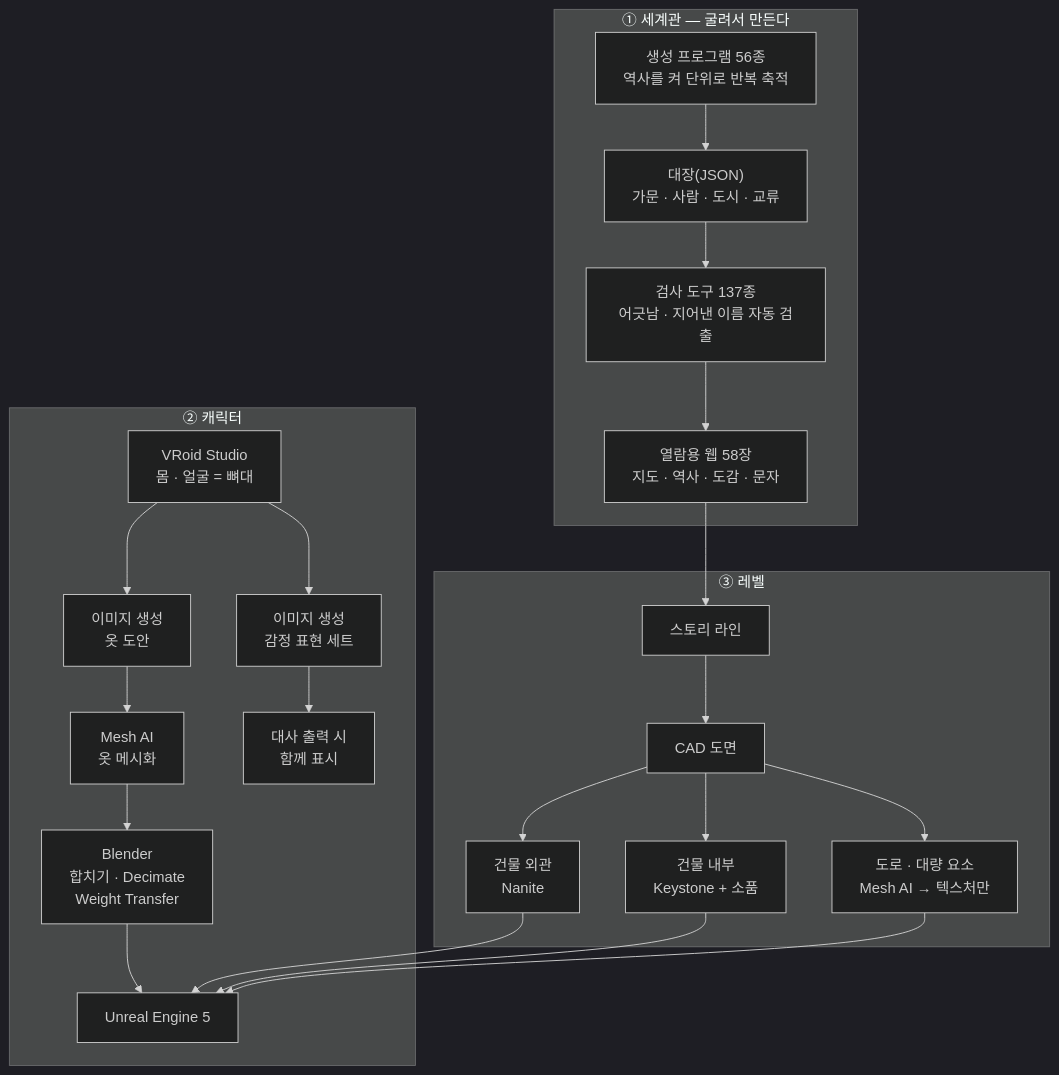
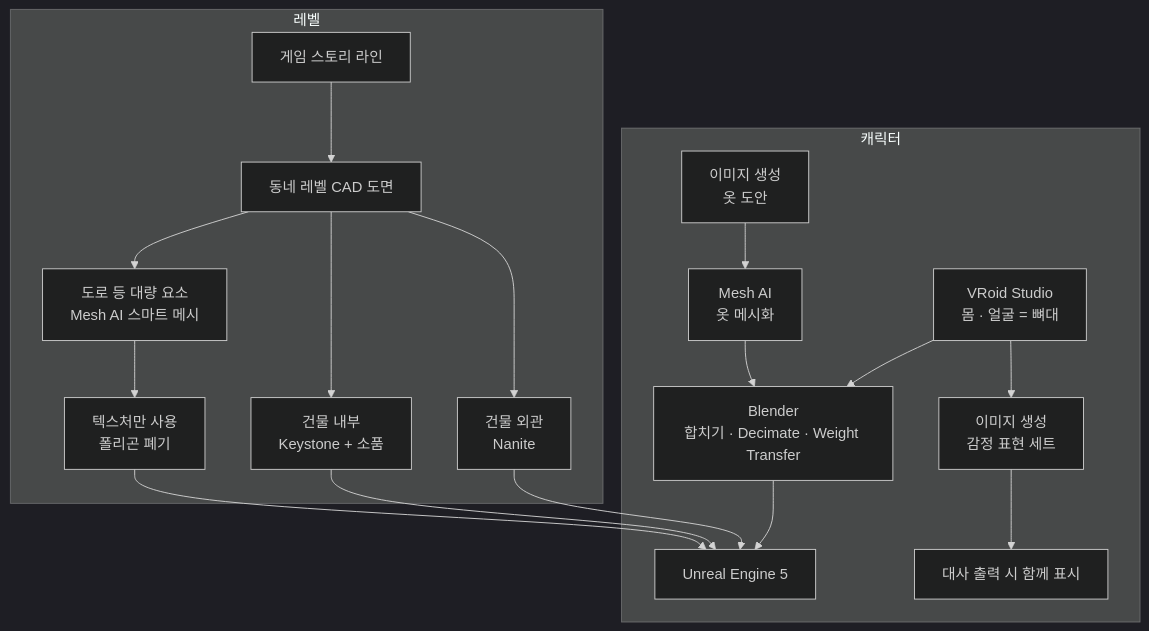
One commit to sgeonhoc/SecretProject changed the diagram in README.md. Above: the diagram before and after it, drawn with Mermaid (dark theme). The commit also changed other lines of this file, not shown here.

````diff
--- a/README.md
+++ b/README.md
@@ -18,25 +11,16 @@
 ```mermaid
 flowchart TB
-    subgraph W["① 세계관 — 굴려서 만든다"]
-        W1["생성 프로그램 56종<br/>역사를 켜 단위로 반복 축적"] --> W2["대장(JSON)<br/>가문 · 사람 · 도시 · 교류"]
-        W2 --> W3["검사 도구 137종<br/>어긋남 · 지어낸 이름 자동 검출"]
-        W3 --> W4["열람용 웹 58장<br/>지도 · 역사 · 도감 · 문자"]
+    subgraph C["캐릭터"]
+        C1["VRoid Studio<br/>몸 · 얼굴 = 뼈대"] --> C4
+        C2["이미지 생성<br/>옷 도안"] --> C3["Mesh AI<br/>옷 메시화"] --> C4["Blender<br/>합치기 · Decimate · Weight Transfer"]
+        C4 --> E["Unreal Engine 5"]
+        C1 --> C5["이미지 생성<br/>감정 표현 세트"] --> C6["대사 출력 시 함께 표시"]
     end
 
-    subgraph C["② 캐릭터"]
-        C1["VRoid Studio<br/>몸 · 얼굴 = 뼈대"] --> C2["이미지 생성<br/>옷 도안"]
-        C2 --> C3["Mesh AI<br/>옷 메시화"]
-        C3 --> C4["Blender<br/>합치기 · Decimate<br/>Weight Transfer"]
-        C4 --> E["Unreal Engine 5"]
-        C1 --> C5["이미지 생성<br/>감정 표현 세트"] --> C6["대사 출력 시<br/>함께 표시"]
-    end
-
-    subgraph L["③ 레벨"]
-        L1["스토리 라인"] --> L2["CAD 도면"]
+    subgraph L["레벨"]
+        L1["게임 스토리 라인"] --> L2["동네 레벨 CAD 도면"]
         L2 --> L3["건물 외관<br/>Nanite"] --> E
         L2 --> L4["건물 내부<br/>Keystone + 소품"] --> E
-        L2 --> L5["도로 · 대량 요소<br/>Mesh AI → 텍스처만"] --> E
+        L2 --> L5["도로 등 대량 요소<br/>Mesh AI 스마트 메시"] --> L6["텍스처만 사용<br/>폴리곤 폐기"] --> E
     end
-
-    W4 --> L1
 ```
````
